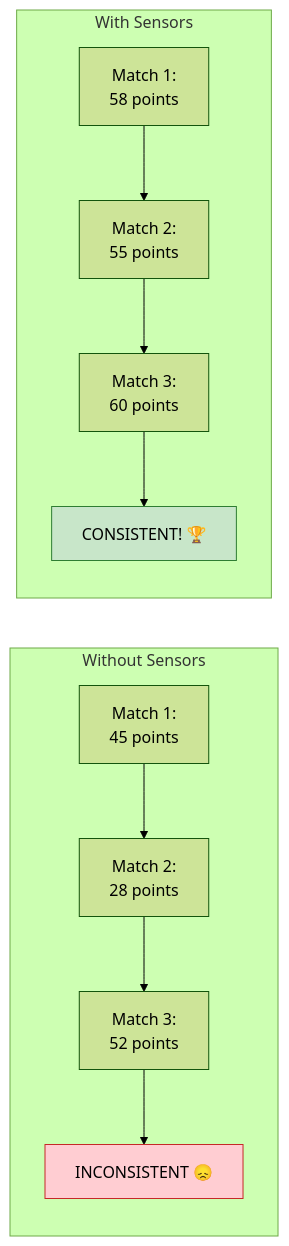
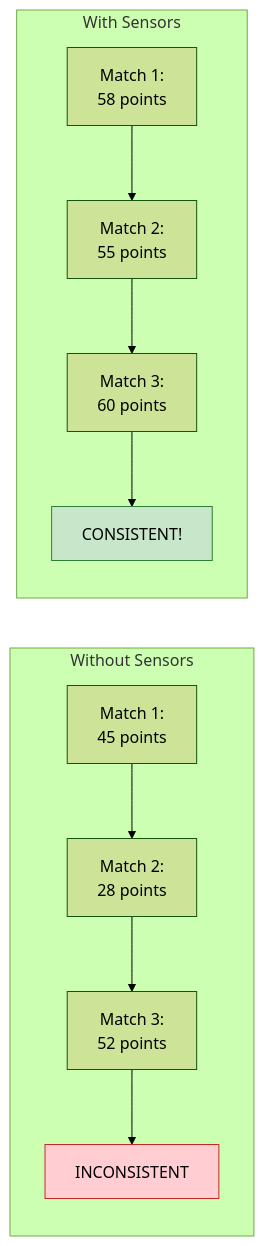
One commit to anowarislam/vex-pushback changed diagram 14 of 14 in docs/tutorials/07-advanced/02-sensor-integration.md. Above: the diagram before and after it, drawn with Mermaid (forest theme). The commit also changed other lines of this file and 16 other files, not shown here.

````diff
--- a/docs/tutorials/07-advanced/02-sensor-integration.md
+++ b/docs/tutorials/07-advanced/02-sensor-integration.md
@@ -878,17 +878,17 @@
 ```mermaid
 flowchart LR
     subgraph "Without Sensors"
         A1["Match 1:\n45 points"] --> B1["Match 2:\n28 points"]
         B1 --> C1["Match 3:\n52 points"]
-        C1 --> D1["INCONSISTENT 😞"]
+        C1 --> D1["INCONSISTENT"]
     end
 
     subgraph "With Sensors"
         A2["Match 1:\n58 points"] --> B2["Match 2:\n55 points"]
         B2 --> C2["Match 3:\n60 points"]
-        C2 --> D2["CONSISTENT! 🏆"]
+        C2 --> D2["CONSISTENT!"]
     end
 
     style D1 fill:#ffcdd2,stroke:#c62828
     style D2 fill:#c8e6c9,stroke:#2e7d32
 ```
````
